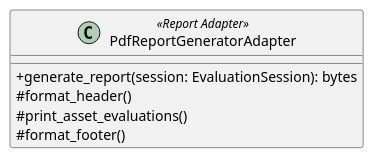
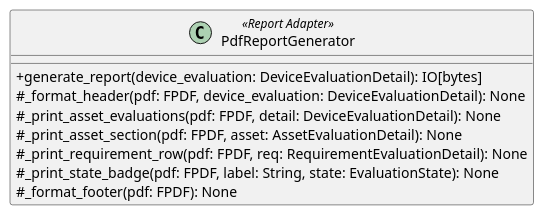
Before and after one commit to GroupRubberDuck/Documentazione: the diagram in src/PB/DocumentazioneEsterna/Specifica_Tecnica/content/uml/puml/Diagrammi_classi/Backend/OutboundAdapters/PdfReportGeneratorAdapter.puml, drawn with PlantUML. The commit also changed 34 other files, not shown here.

```diff
--- a/src/PB/DocumentazioneEsterna/Specifica_Tecnica/content/uml/puml/Diagrammi_classi/Backend/OutboundAdapters/PdfReportGeneratorAdapter.puml
+++ b/src/PB/DocumentazioneEsterna/Specifica_Tecnica/content/uml/puml/Diagrammi_classi/Backend/OutboundAdapters/PdfReportGeneratorAdapter.puml
@@ -1,9 +1,12 @@
 @startuml PdfReportGeneratorAdapter
 skinparam classAttributeIconSize 0
-class PdfReportGeneratorAdapter <<Report Adapter>> {
-    + generate_report(session: EvaluationSession): bytes
-    # format_header()
-    # print_asset_evaluations()
-    # format_footer()
-}
+class PdfReportGenerator <<Report Adapter>> {
+        + generate_report(device_evaluation: DeviceEvaluationDetail): IO[bytes]
+        # _format_header(pdf: FPDF, device_evaluation: DeviceEvaluationDetail): None
+        # _print_asset_evaluations(pdf: FPDF, detail: DeviceEvaluationDetail): None
+        # _print_asset_section(pdf: FPDF, asset: AssetEvaluationDetail): None
+        # _print_requirement_row(pdf: FPDF, req: RequirementEvaluationDetail): None
+        # _print_state_badge(pdf: FPDF, label: String, state: EvaluationState): None
+        # _format_footer(pdf: FPDF): None
+    }
 @enduml
```
